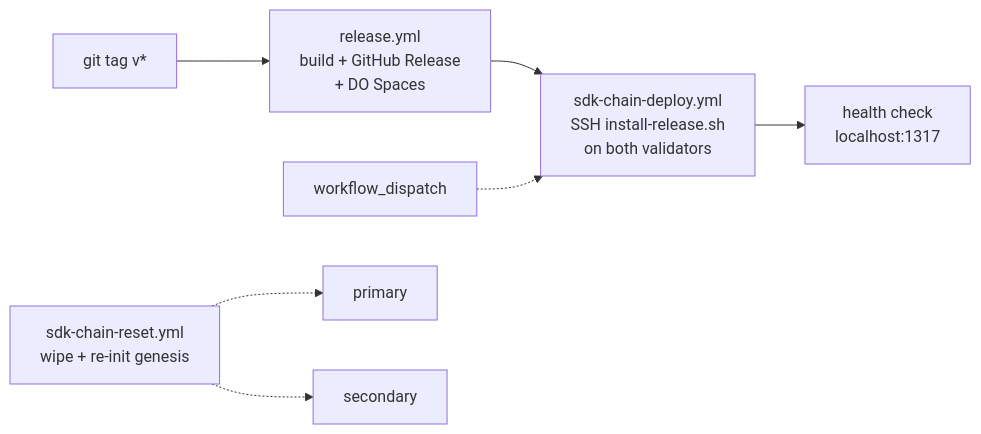
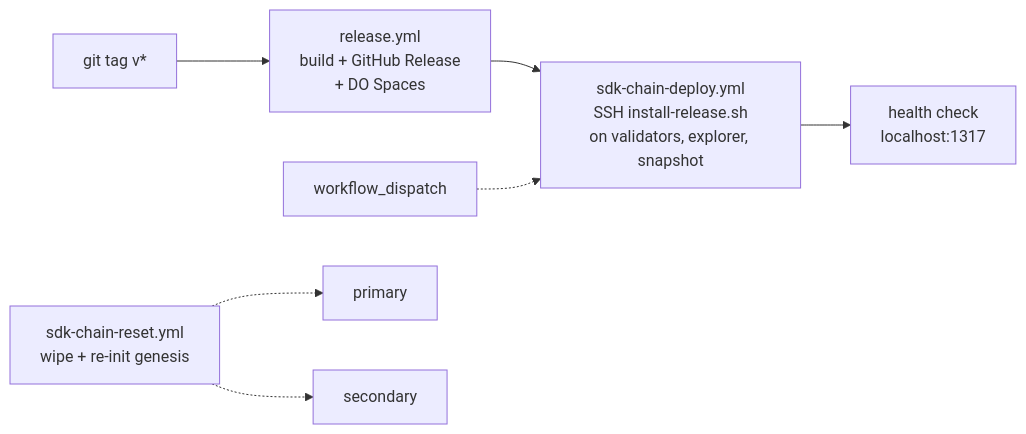
One commit to valargroup/vote-sdk changed the diagram in docs/deploy-setup.md. Above: the diagram before and after it, drawn with Mermaid. The commit also changed other lines of this file and 5 other files, not shown here.

````diff
--- a/docs/deploy-setup.md
+++ b/docs/deploy-setup.md
@@ -16,9 +16,9 @@
 ```mermaid
 flowchart LR
     tag["git tag v*"] --> release["release.yml\nbuild + GitHub Release\n+ DO Spaces"]
-    release --> deploy["sdk-chain-deploy.yml\nSSH install-release.sh\non both validators"]
+    release --> deploy["sdk-chain-deploy.yml\nSSH install-release.sh\non validators, explorer, snapshot"]
     deploy --> health["health check\nlocalhost:1317"]
     manual["workflow_dispatch"] -.-> deploy
     reset["sdk-chain-reset.yml\nwipe + re-init genesis"] -.-> primary["primary"]
     reset -.-> secondary["secondary"]
 ```
````
